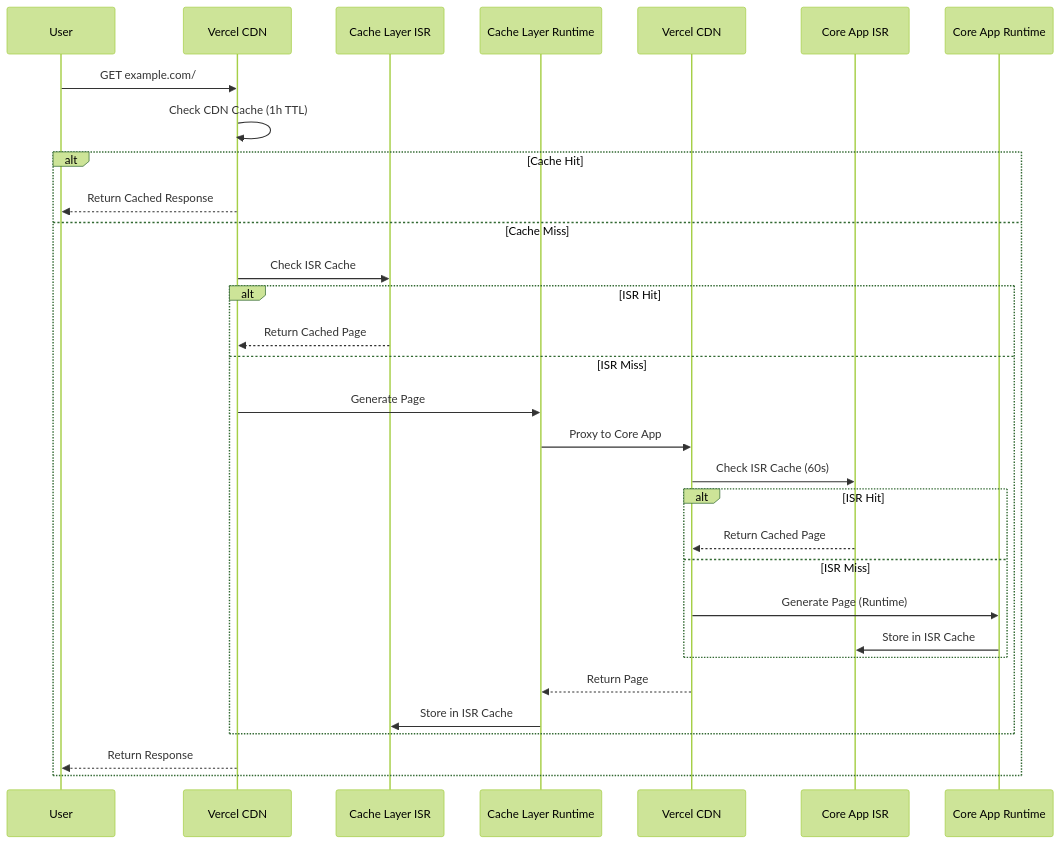
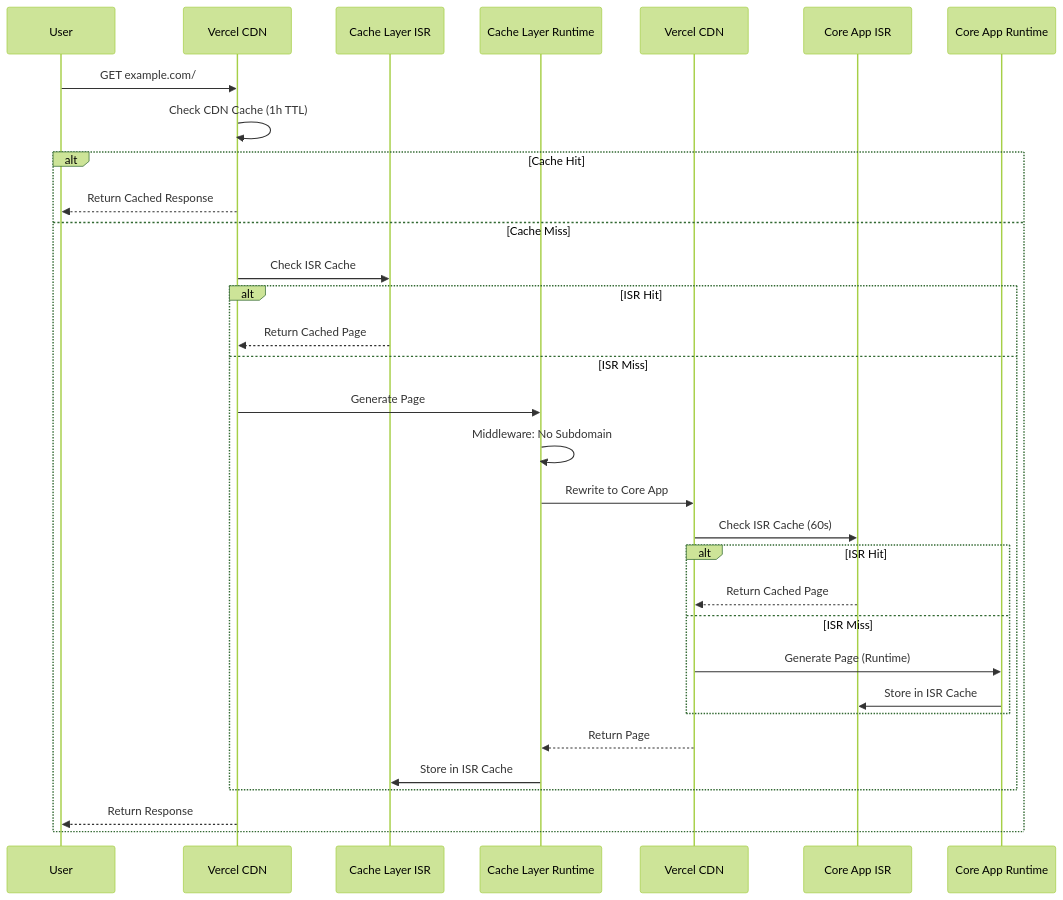
The second of 5 diagrams in docs/ARCHITECTURE.md (vercel-labs/isr-platform-shield), drawn with Mermaid (forest theme) before and after one commit. The commit also changed other lines of this file and 2 other files, not shown here.

````diff
--- a/docs/ARCHITECTURE.md
+++ b/docs/ARCHITECTURE.md
@@ -7,34 +42,35 @@
 ```mermaid
 sequenceDiagram
     participant U as User
     participant VCL as Vercel CDN
     participant VCL_ISR as Cache Layer ISR
     participant VCL_RT as Cache Layer Runtime
     participant VCA as Vercel CDN
     participant VCA_ISR as Core App ISR
     participant VCA_RT as Core App Runtime
 
     U->>VCL: GET example.com/
     VCL->>VCL: Check CDN Cache (1h TTL)
     alt Cache Hit
         VCL-->>U: Return Cached Response
     else Cache Miss
         VCL->>VCL_ISR: Check ISR Cache
         alt ISR Hit
             VCL_ISR-->>VCL: Return Cached Page
         else ISR Miss
             VCL->>VCL_RT: Generate Page
-            VCL_RT->>VCA: Proxy to Core App
+            VCL_RT->>VCL_RT: Middleware: No Subdomain
+            VCL_RT->>VCA: Rewrite to Core App
             VCA->>VCA_ISR: Check ISR Cache (60s)
             alt ISR Hit
                 VCA_ISR-->>VCA: Return Cached Page
             else ISR Miss
                 VCA->>VCA_RT: Generate Page (Runtime)
                 VCA_RT->>VCA_ISR: Store in ISR Cache
             end
             VCA-->>VCL_RT: Return Page
             VCL_RT->>VCL_ISR: Store in ISR Cache
         end
         VCL-->>U: Return Response
     end
 ```
````
